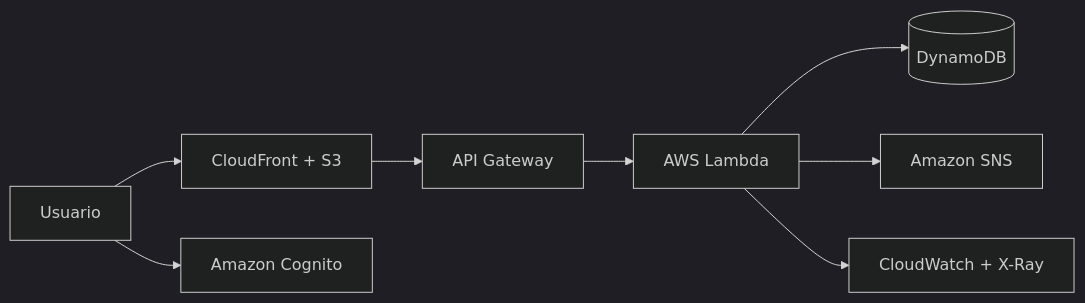
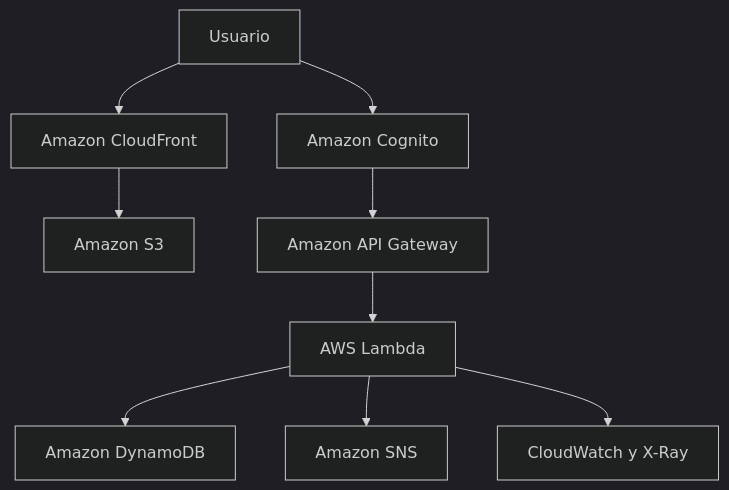
Before and after one commit to bemati-studio/clouddesk-aws: the diagram in README.md, drawn with Mermaid (dark theme). The commit also changed other lines of this file, not shown here.

````diff
--- a/README.md
+++ b/README.md
@@ -22,10 +31,11 @@
 ```mermaid
-flowchart LR
-  U[Usuario] --> C[CloudFront + S3]
-  U --> A[Amazon Cognito]
-  C --> G[API Gateway]
-  G --> L[AWS Lambda]
-  L --> D[(DynamoDB)]
-  L --> N[Amazon SNS]
-  L --> W[CloudWatch + X-Ray]
+flowchart TD
+    U["Usuario"] --> CF["Amazon CloudFront"]
+    CF --> S3["Amazon S3"]
+    U --> C["Amazon Cognito"]
+    C --> API["Amazon API Gateway"]
+    API --> L["AWS Lambda"]
+    L --> DB["Amazon DynamoDB"]
+    L --> SNS["Amazon SNS"]
+    L --> CW["CloudWatch y X-Ray"]
 ```
````
